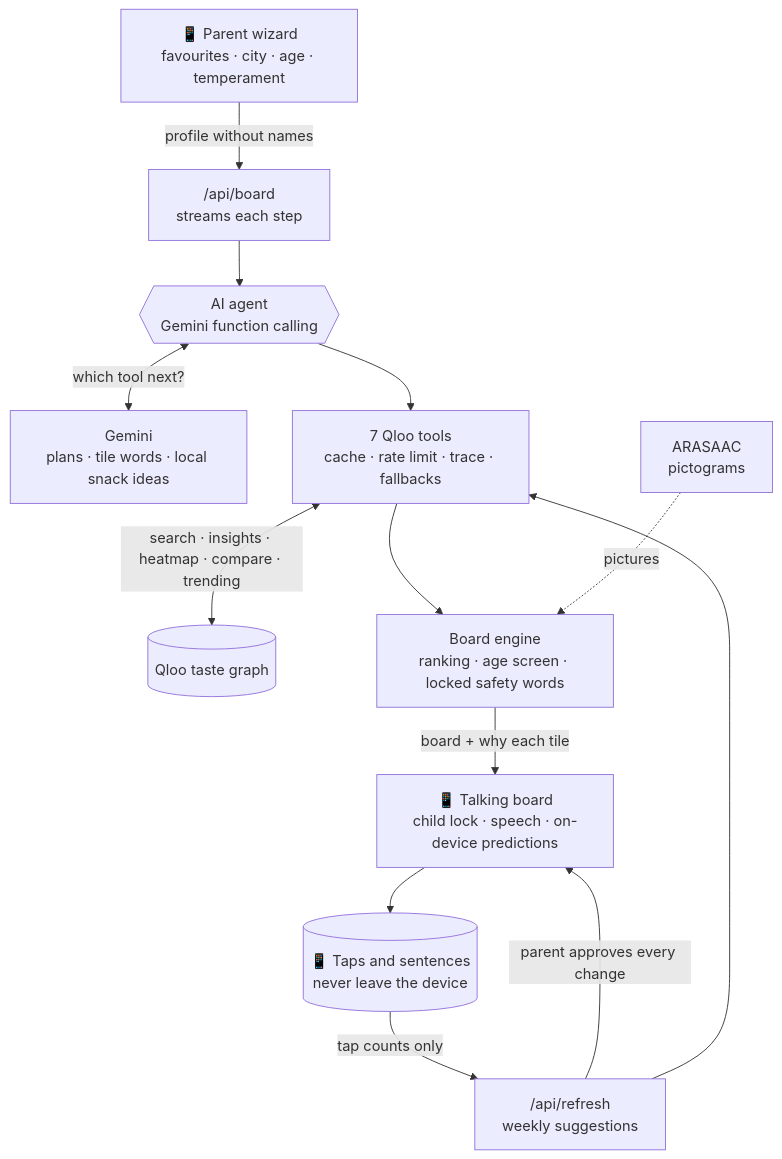
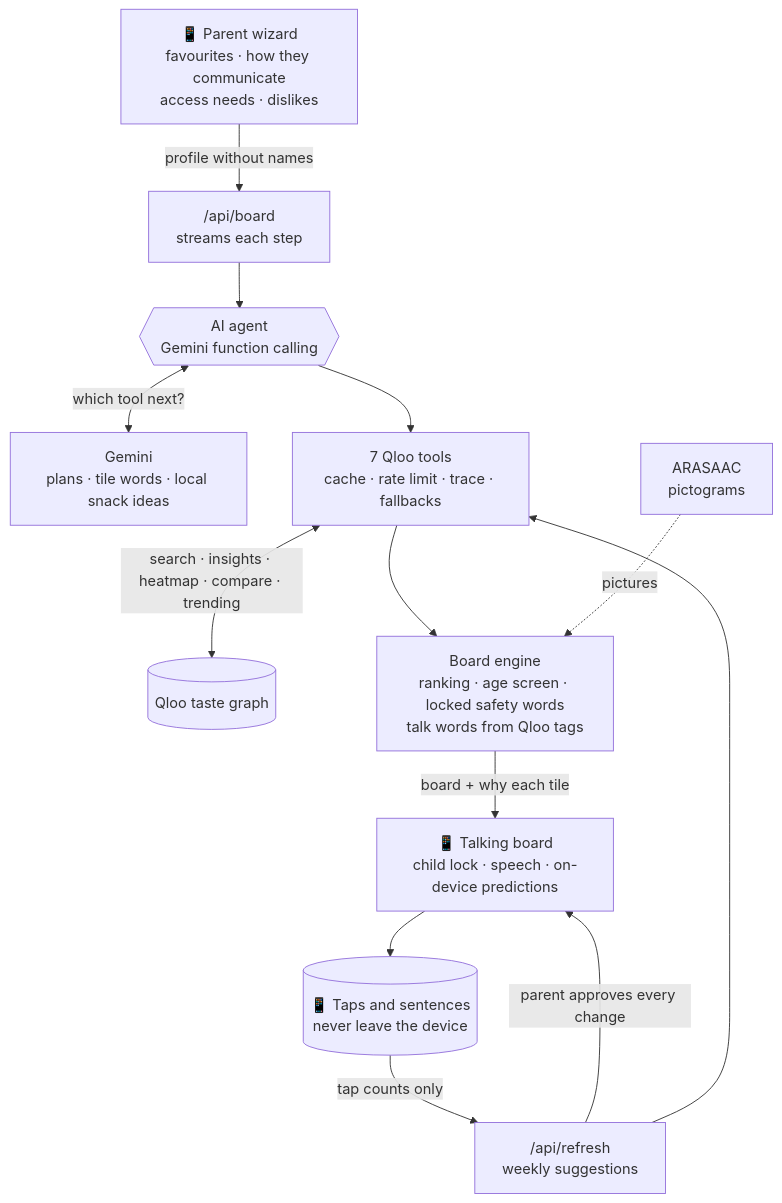
Before and after one commit to sonalverdtu/hometiles: the diagram in docs/diagrams/architecture.mmd, drawn with Mermaid. The commit also changed 21 other files, not shown here.

First line of the commit message:
Qloo for communication: words to talk about each tile, and a communication step in the wizard

```diff
--- a/docs/diagrams/architecture.mmd
+++ b/docs/diagrams/architecture.mmd
@@ -1,24 +1,24 @@
 flowchart TB
-  W["📱 Parent wizard<br/>favourites · city · age · temperament"]
+  W["📱 Parent wizard<br/>favourites · how they communicate<br/>access needs · dislikes"]
   RB["/api/board<br/>streams each step"]
   AG{{"AI agent<br/>Gemini function calling"}}
   LLM["Gemini<br/>plans · tile words · local snack ideas"]
   TOOLS["7 Qloo tools<br/>cache · rate limit · trace · fallbacks"]
   QLOO[("Qloo taste graph")]
-  ENG["Board engine<br/>ranking · age screen · locked safety words"]
+  ENG["Board engine<br/>ranking · age screen · locked safety words<br/>talk words from Qloo tags"]
   ARA["ARASAAC<br/>pictograms"]
   BRD["📱 Talking board<br/>child lock · speech · on-device predictions"]
   TAPS[("📱 Taps and sentences<br/>never leave the device")]
   RR["/api/refresh<br/>weekly suggestions"]
 
   W -->|"profile without names"| RB --> AG
   AG <-->|"which tool next?"| LLM
   AG --> TOOLS
   TOOLS <-->|"search · insights · heatmap · compare · trending"| QLOO
   TOOLS --> ENG
   ARA -.->|"pictures"| ENG
   ENG -->|"board + why each tile"| BRD
   BRD --> TAPS
   TAPS -->|"tap counts only"| RR
   RR -->|"parent approves every change"| BRD
   RR --> TOOLS
```
